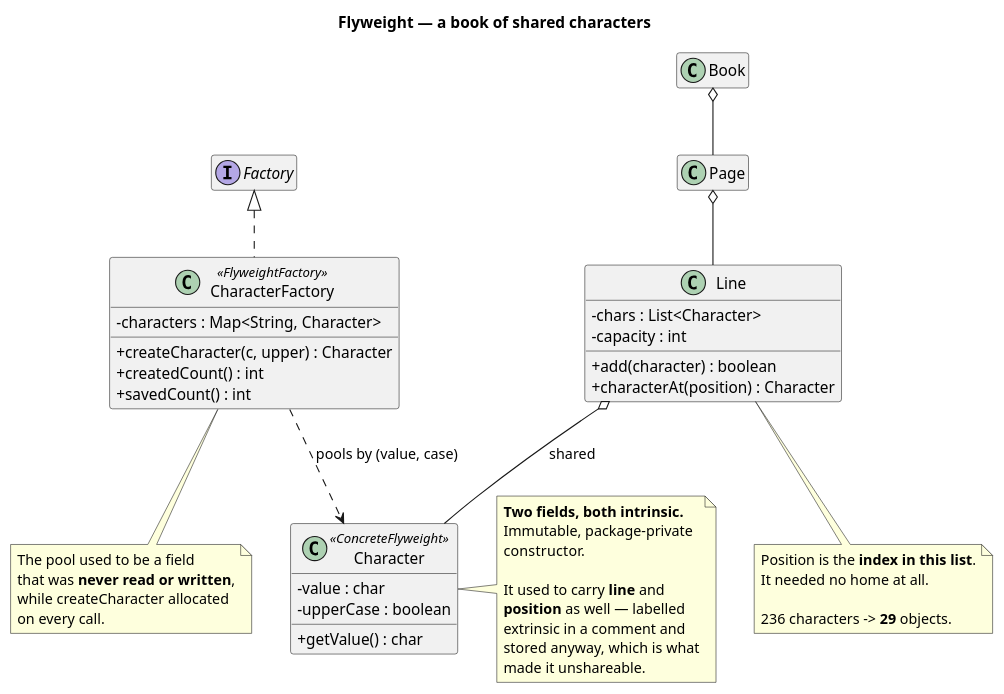
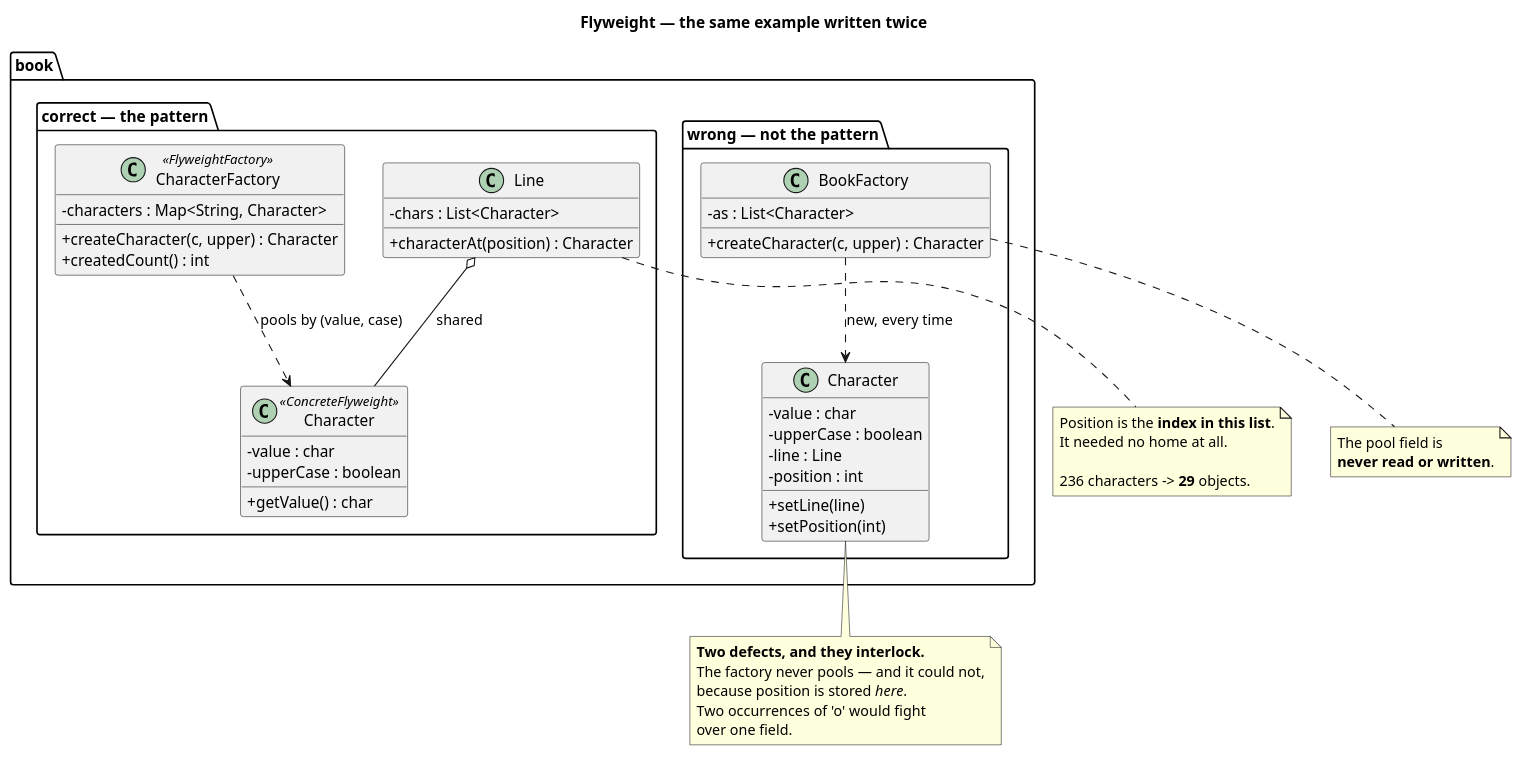
Before and after one commit to kaldiroglu/DesignPatternsWithJava: the diagram in src/main/java/dev/kaldiroglu/dp/structural/flyweight/book/uml/Flyweight - Book - Class Diagram.puml, drawn with PlantUML. The commit also changed 21 other files, not shown here.

First line of the commit message:
Keep both versions of the book example, as wrong and correct

```diff
--- a/src/main/java/dev/kaldiroglu/dp/structural/flyweight/book/uml/Flyweight - Book - Class Diagram.puml
+++ b/src/main/java/dev/kaldiroglu/dp/structural/flyweight/book/uml/Flyweight - Book - Class Diagram.puml
@@ -1,62 +1,62 @@
 @startuml "Flyweight - Book - Class Diagram"
 skinparam classAttributeIconSize 0
 hide empty members
-title Flyweight — a book of shared characters
+title Flyweight — the same example written twice
 
 
-class Character <<ConcreteFlyweight>> {
-  - value : char
-  - upperCase : boolean
-  + getValue() : char
+package "book.wrong — not the pattern" {
+  class "Character" as WC {
+    - value : char
+    - upperCase : boolean
+    - line : Line
+    - position : int
+    + setLine(line)
+    + setPosition(int)
+  }
+  class "BookFactory" as WF {
+    - as : List<Character>
+    + createCharacter(c, upper) : Character
+  }
+  WF ..> WC : "new, every time"
 }
 
-class CharacterFactory <<FlyweightFactory>> {
-  - characters : Map<String, Character>
-  + createCharacter(c, upper) : Character
-  + createdCount() : int
-  + savedCount() : int
+package "book.correct — the pattern" {
+  class "Character" as CC <<ConcreteFlyweight>> {
+    - value : char
+    - upperCase : boolean
+    + getValue() : char
+  }
+  class "CharacterFactory" as CF <<FlyweightFactory>> {
+    - characters : Map<String, Character>
+    + createCharacter(c, upper) : Character
+    + createdCount() : int
+  }
+  class "Line" as CL {
+    - chars : List<Character>
+    + characterAt(position) : Character
+  }
+  CF ..> CC : "pools by (value, case)"
+  CL o-- CC : "shared"
 }
 
-interface Factory
-class Line {
-  - chars : List<Character>
-  - capacity : int
-  + add(character) : boolean
-  + characterAt(position) : Character
-}
-class Page
-class Book
-
-Factory <|.. CharacterFactory
-CharacterFactory ..> Character : "pools by (value, case)"
-Line o-- Character : "shared"
-Page o-- Line
-Book o-- Page
-
-note right of Character
-  <b>Two fields, both intrinsic.</b>
-  Immutable, package-private
-  constructor.
-
-  It used to carry <b>line</b> and
-  <b>position</b> as well — labelled
-  extrinsic in a comment and
-  stored anyway, which is what
-  made it unshareable.
+note bottom of WC
+  <b>Two defects, and they interlock.</b>
+  The factory never pools — and it could not,
+  because position is stored <i>here</i>.
+  Two occurrences of 'o' would fight
+  over one field.
 end note
 
-note bottom of Line
+note bottom of WF
+  The pool field is
+  <b>never read or written</b>.
+end note
+
+note bottom of CL
   Position is the <b>index in this list</b>.
   It needed no home at all.
 
   236 characters -> <b>29</b> objects.
 end note
 
-note bottom of CharacterFactory
-  The pool used to be a field
-  that was <b>never read or written</b>,
-  while createCharacter allocated
-  on every call.
-end note
-
 @enduml
```
